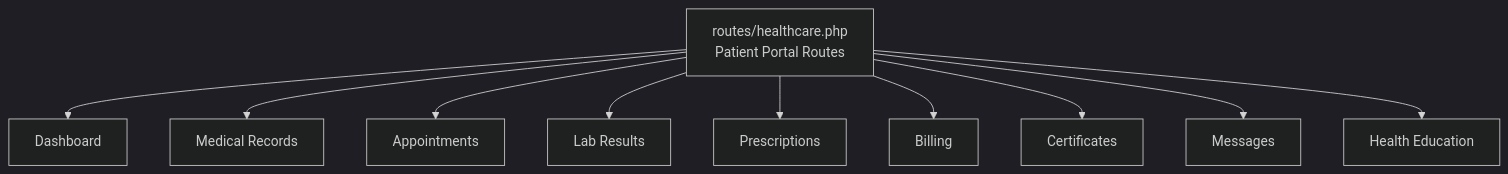
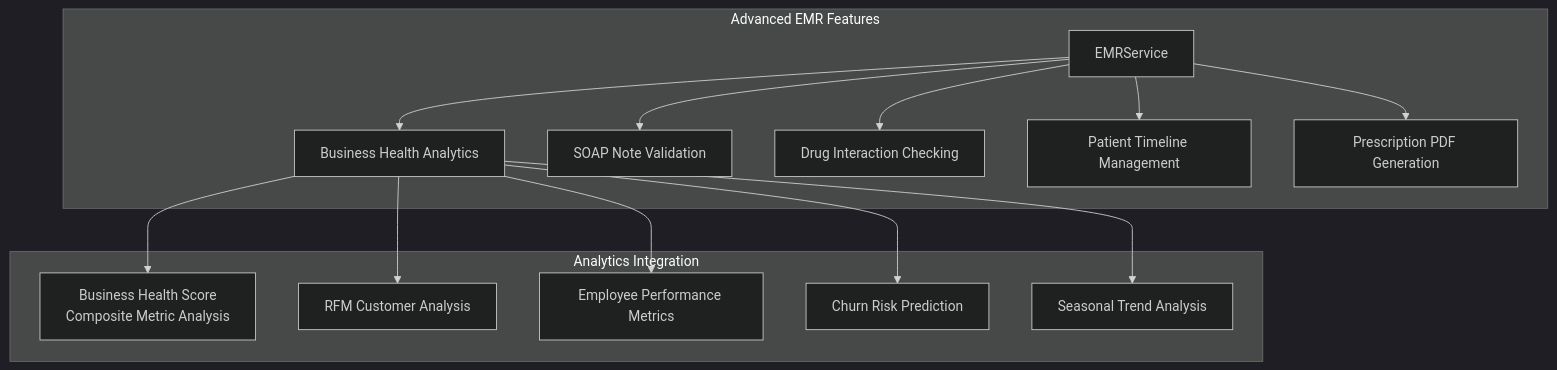
Diagram 14 of 31 in .qoder/repowiki/en/content/Industry-Specific Modules/Healthcare Management Module/Healthcare Management Module.md (wahyudedik/qalcuityERP), drawn with Mermaid (dark theme) before and after one commit. The commit also changed other lines of this file and 626 other files, not shown here.

````diff
--- a/.qoder/repowiki/en/content/Industry-Specific Modules/Healthcare Management Module/Healthcare Management Module.md
+++ b/.qoder/repowiki/en/content/Industry-Specific Modules/Healthcare Management Module/Healthcare Management Module.md
@@ -479,22 +580,28 @@
 ```mermaid
 graph TB
-PortalRoutes["routes/healthcare.php<br/>Patient Portal Routes"]
-Dashboard["Dashboard"]
-Records["Medical Records"]
-Appointments["Appointments"]
-LabResults["Lab Results"]
-Prescriptions["Prescriptions"]
-Billing["Billing"]
-Certificates["Certificates"]
-Messages["Messages"]
-Education["Health Education"]
-PortalRoutes --> Dashboard
-PortalRoutes --> Records
-PortalRoutes --> Appointments
-PortalRoutes --> LabResults
-PortalRoutes --> Prescriptions
-PortalRoutes --> Billing
-PortalRoutes --> Certificates
-PortalRoutes --> Messages
-PortalRoutes --> Education
+subgraph "Advanced EMR Features"
+EMRService["EMRService"]
+Analytics["Business Health Analytics"]
+SOAPValidation["SOAP Note Validation"]
+DrugInteraction["Drug Interaction Checking"]
+PatientTimeline["Patient Timeline Management"]
+PrescriptionPDF["Prescription PDF Generation"]
+end
+subgraph "Analytics Integration"
+BusinessScore["Business Health Score<br/>Composite Metric Analysis"]
+RFMAnalysis["RFM Customer Analysis"]
+PerformanceMetrics["Employee Performance Metrics"]
+ChurnPrediction["Churn Risk Prediction"]
+SeasonalAnalysis["Seasonal Trend Analysis"]
+end
+EMRService --> Analytics
+Analytics --> BusinessScore
+Analytics --> RFMAnalysis
+Analytics --> PerformanceMetrics
+Analytics --> ChurnPrediction
+Analytics --> SeasonalAnalysis
+EMRService --> SOAPValidation
+EMRService --> DrugInteraction
+EMRService --> PatientTimeline
+EMRService --> PrescriptionPDF
 ```
````
